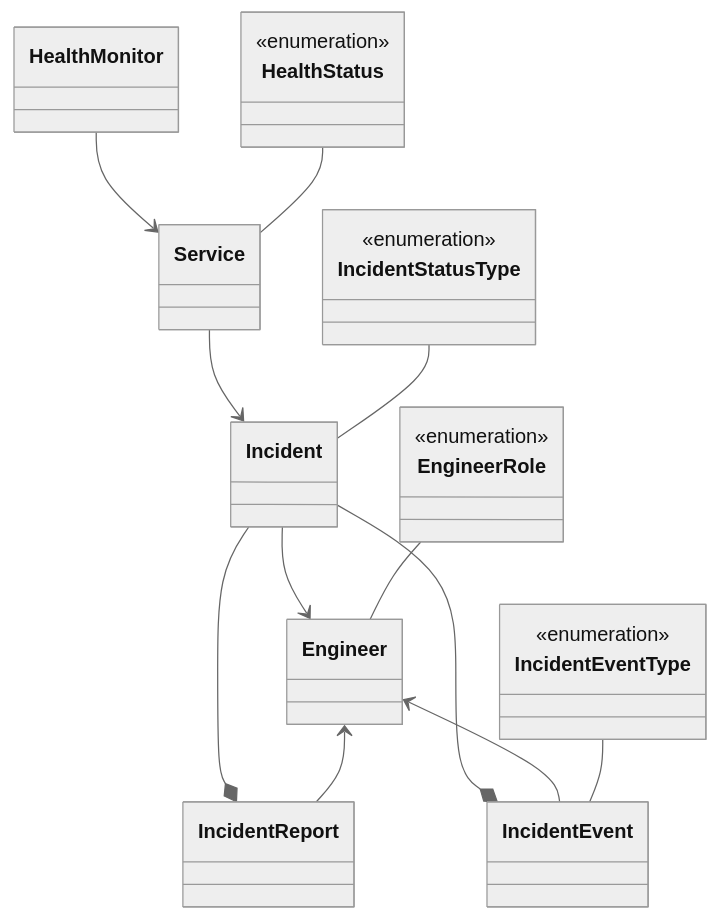
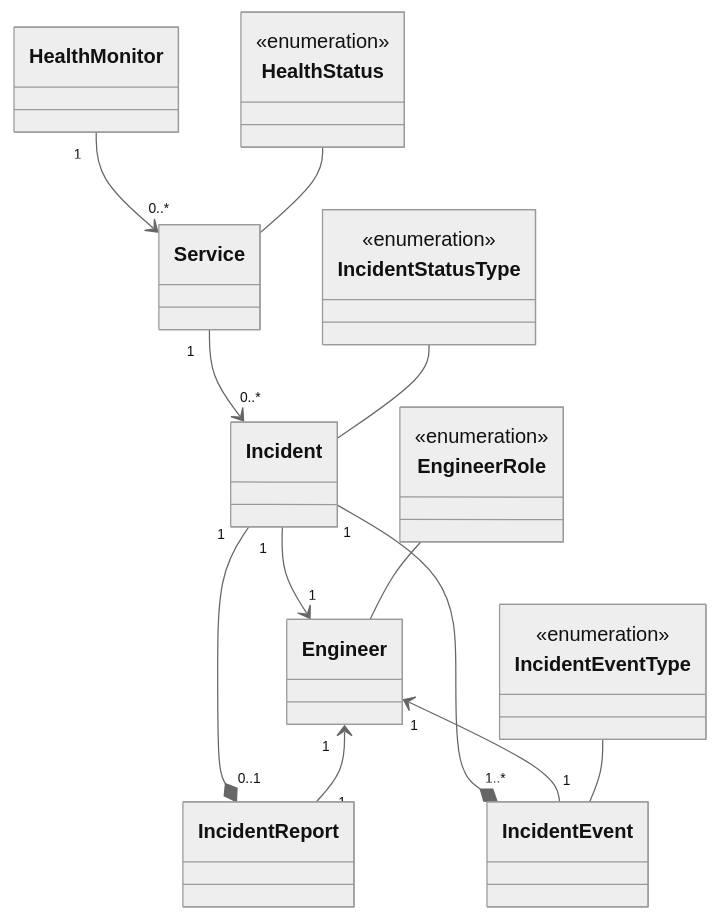
The diagram in DomainModel.md (pchak00/incident-management), drawn with Mermaid (neutral theme) before and after one commit.

Commit message:
multiplicity between classes defined

````diff
--- a/DomainModel.md
+++ b/DomainModel.md
@@ -5,55 +5,55 @@
 ```mermaid
 classDiagram
     class Service {
         
     }
     
     class Engineer {
         
     }
     
     class HealthMonitor {
         
     }
     
     class Incident {
         
     }
     
     class IncidentReport {
         
     }
     
     class IncidentEvent {
         
     }
     
     class IncidentEventType {
         <<enumeration>>
     }
     
     class IncidentStatusType {
         <<enumeration>>
     }
         
     class EngineerRole {
         <<enumeration>>
     }
     
     class HealthStatus {
         <<enumeration>>
     }
     
     %% Relationships
-    HealthMonitor --> Service
-    Service --> Incident
-    Incident --* IncidentReport
-    Incident --* IncidentEvent
-    Incident --> Engineer
-    Engineer <-- IncidentEvent
-    Engineer <-- IncidentReport
+    HealthMonitor "1"-->"0..*" Service
+    Service "1"-->"0..*" Incident
+    Incident "1"--*"0..1" IncidentReport
+    Incident "1"--*"1..*" IncidentEvent
+    Incident "1"-->"1" Engineer
+    Engineer "1"<--"1" IncidentEvent
+    Engineer "1"<--"1" IncidentReport
     EngineerRole -- Engineer
     IncidentStatusType -- Incident
     HealthStatus -- Service
     IncidentEventType -- IncidentEvent
 ```
````
